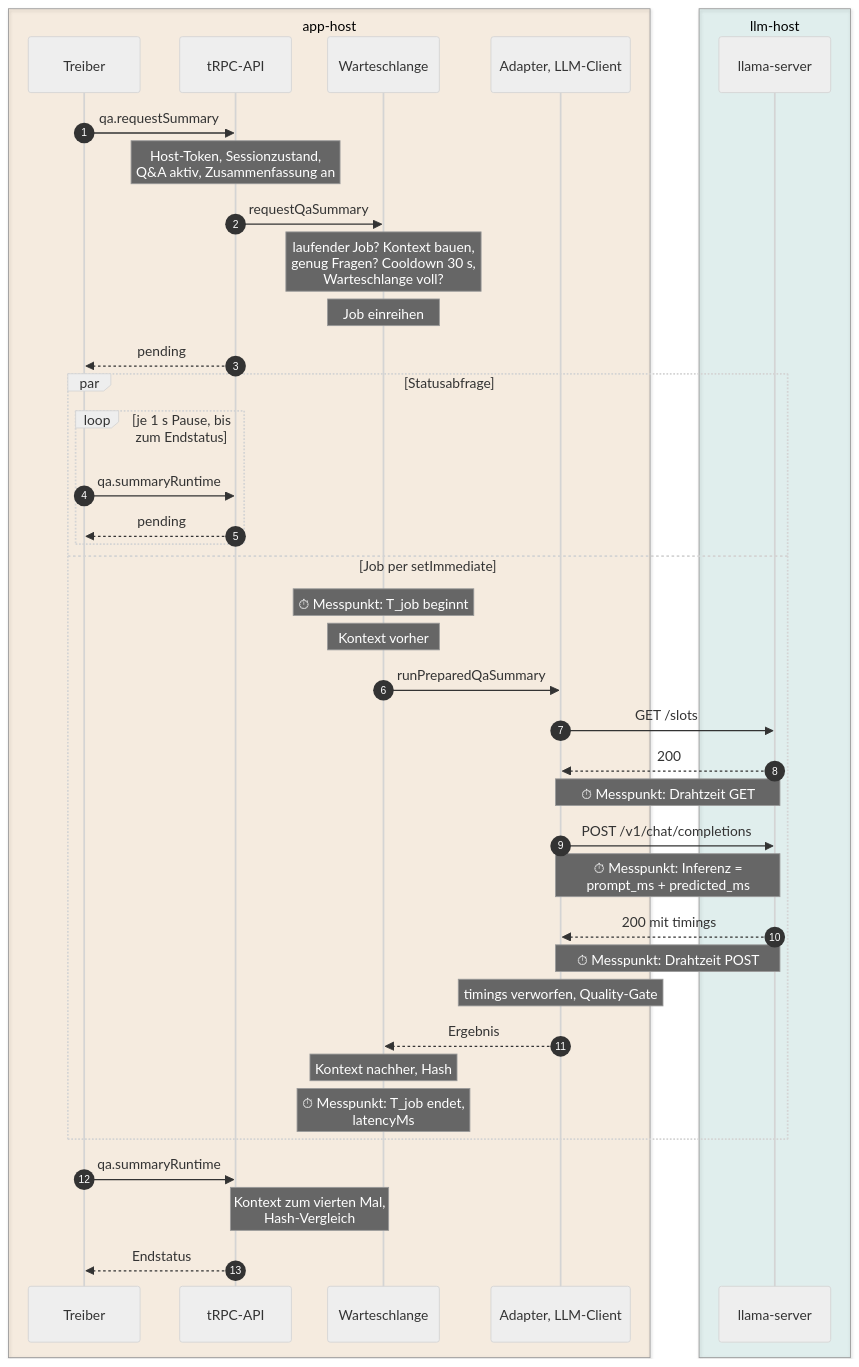
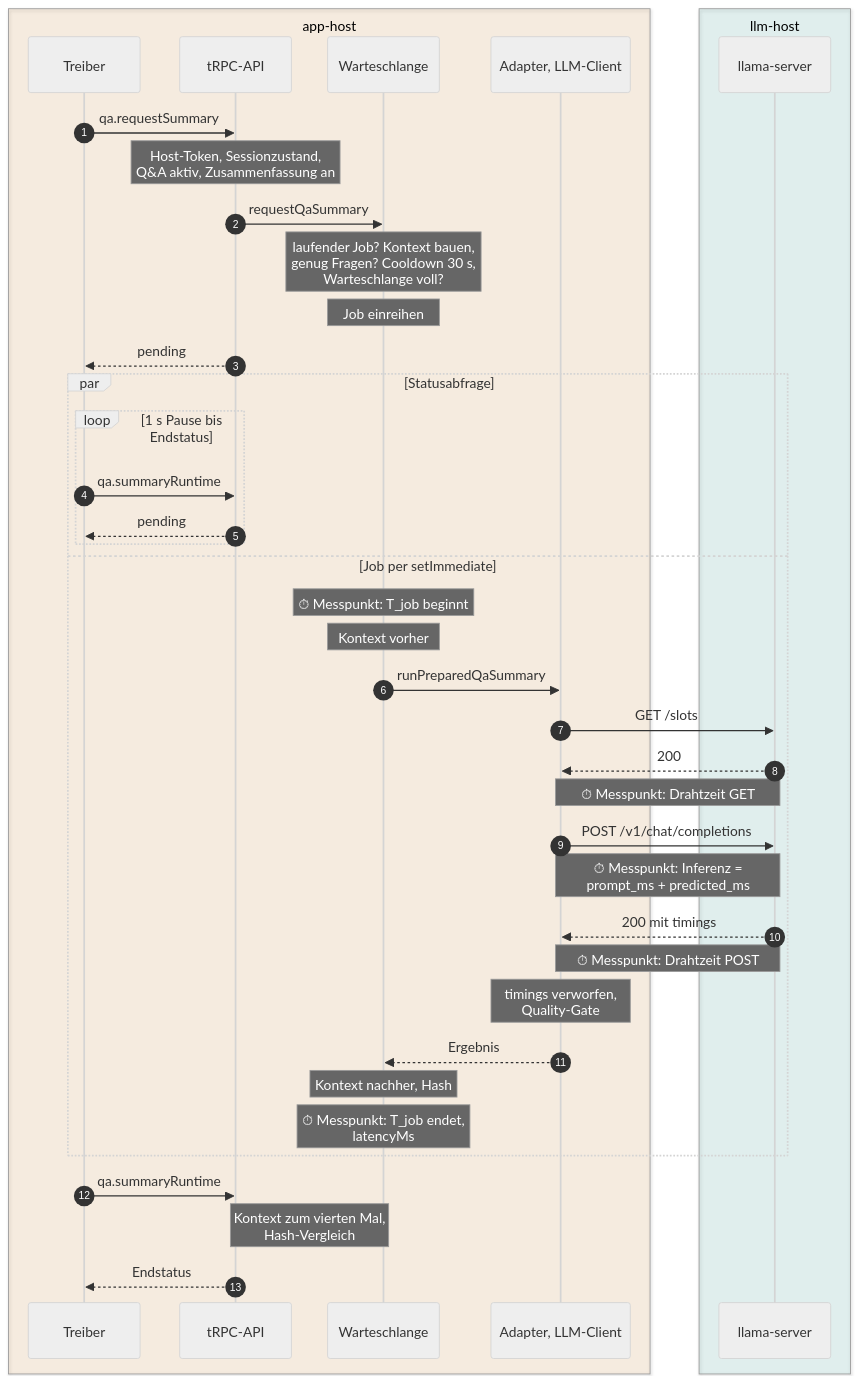
One commit to NiklasSkulll/arsnova.eu changed the diagram in docs/referat-thema-1/diagrams/1b-auftrag-sequenz.mmd. Above: the diagram before and after it, drawn with Mermaid (neutral theme). The commit also changed 2 other files, not shown here.

Commit message:
docs(referat): tidy two labels in the 1B sequence diagram

```diff
--- a/docs/referat-thema-1/diagrams/1b-auftrag-sequenz.mmd
+++ b/docs/referat-thema-1/diagrams/1b-auftrag-sequenz.mmd
@@ -1,51 +1,51 @@
 ---
 config:
   sequence:
     actorMargin: 12
     boxMargin: 9
     noteMargin: 6
     messageMargin: 28
     width: 130
 ---
 sequenceDiagram
   autonumber
   box rgba(217, 119, 6, 0.10) app-host
     participant T as Treiber
     participant A as tRPC-API
     participant Q as Warteschlange
     participant AD as Adapter, LLM-Client
   end
   box rgba(13, 148, 136, 0.10) llm-host
     participant L as llama-server
   end
 
   T->>A: qa.requestSummary
   Note over A: Host-Token, Sessionzustand,<br/>Q&A aktiv, Zusammenfassung an
   A->>Q: requestQaSummary
   Note over Q: laufender Job? Kontext bauen,<br/>genug Fragen? Cooldown 30 s,<br/>Warteschlange voll?
   Note over Q: Job einreihen
   A-->>T: pending
   par Statusabfrage
-    loop je 1 s Pause, bis zum Endstatus
+    loop 1 s Pause bis Endstatus
       T->>A: qa.summaryRuntime
       A-->>T: pending
     end
   and Job per setImmediate
     Note over Q: ⏱ Messpunkt: T_job beginnt
     Note over Q: Kontext vorher
     Q->>AD: runPreparedQaSummary
     AD->>L: GET /slots
     L-->>AD: 200
     Note over AD,L: ⏱ Messpunkt: Drahtzeit GET
     AD->>L: POST /v1/chat/completions
     Note over AD,L: ⏱ Messpunkt: Inferenz =<br/>prompt_ms + predicted_ms
     L-->>AD: 200 mit timings
     Note over AD,L: ⏱ Messpunkt: Drahtzeit POST
-    Note over AD: timings verworfen, Quality-Gate
+    Note over AD: timings verworfen,<br/>Quality-Gate
     AD-->>Q: Ergebnis
     Note over Q: Kontext nachher, Hash
     Note over Q: ⏱ Messpunkt: T_job endet,<br/>latencyMs
   end
   T->>A: qa.summaryRuntime
   Note over A,Q: Kontext zum vierten Mal,<br/>Hash-Vergleich
   A-->>T: Endstatus
```
